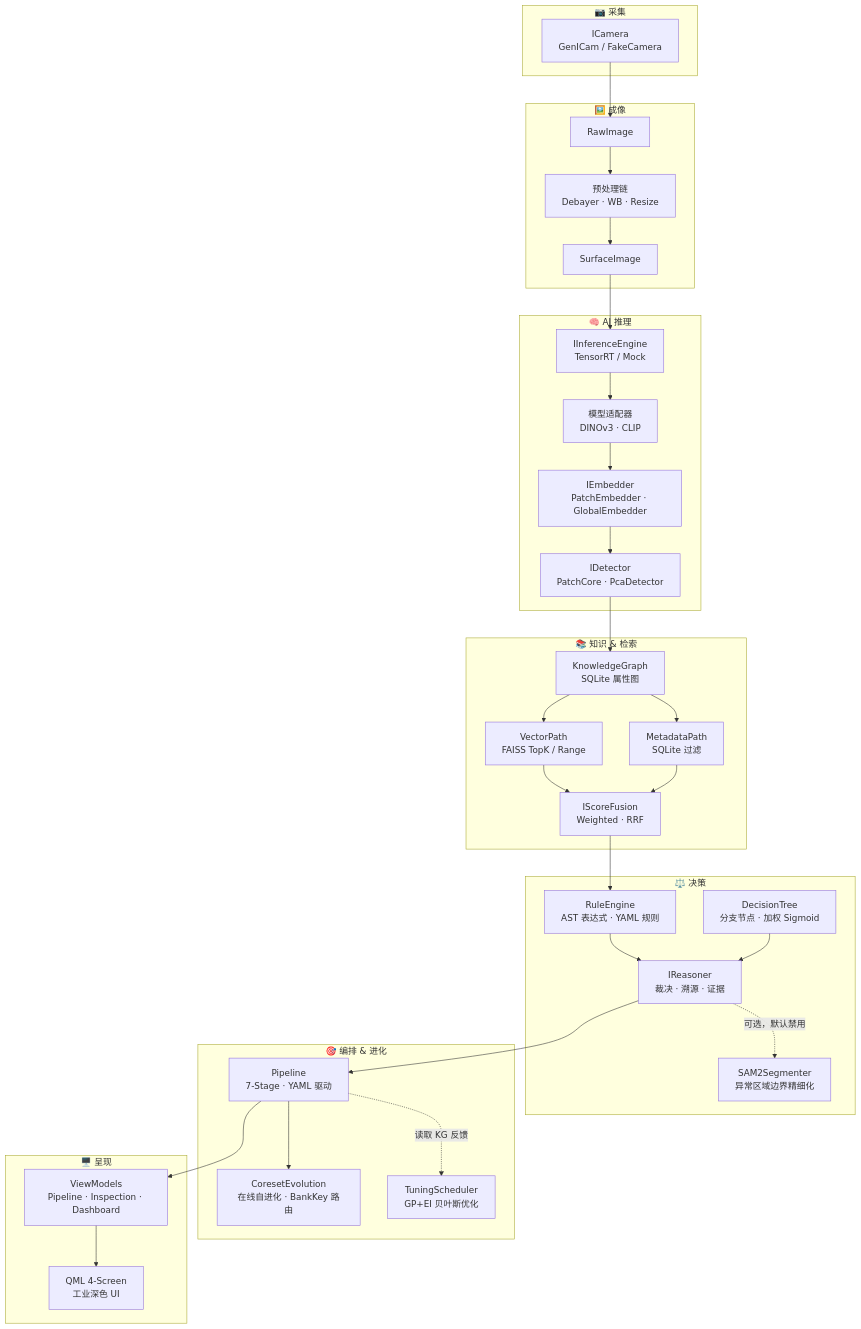
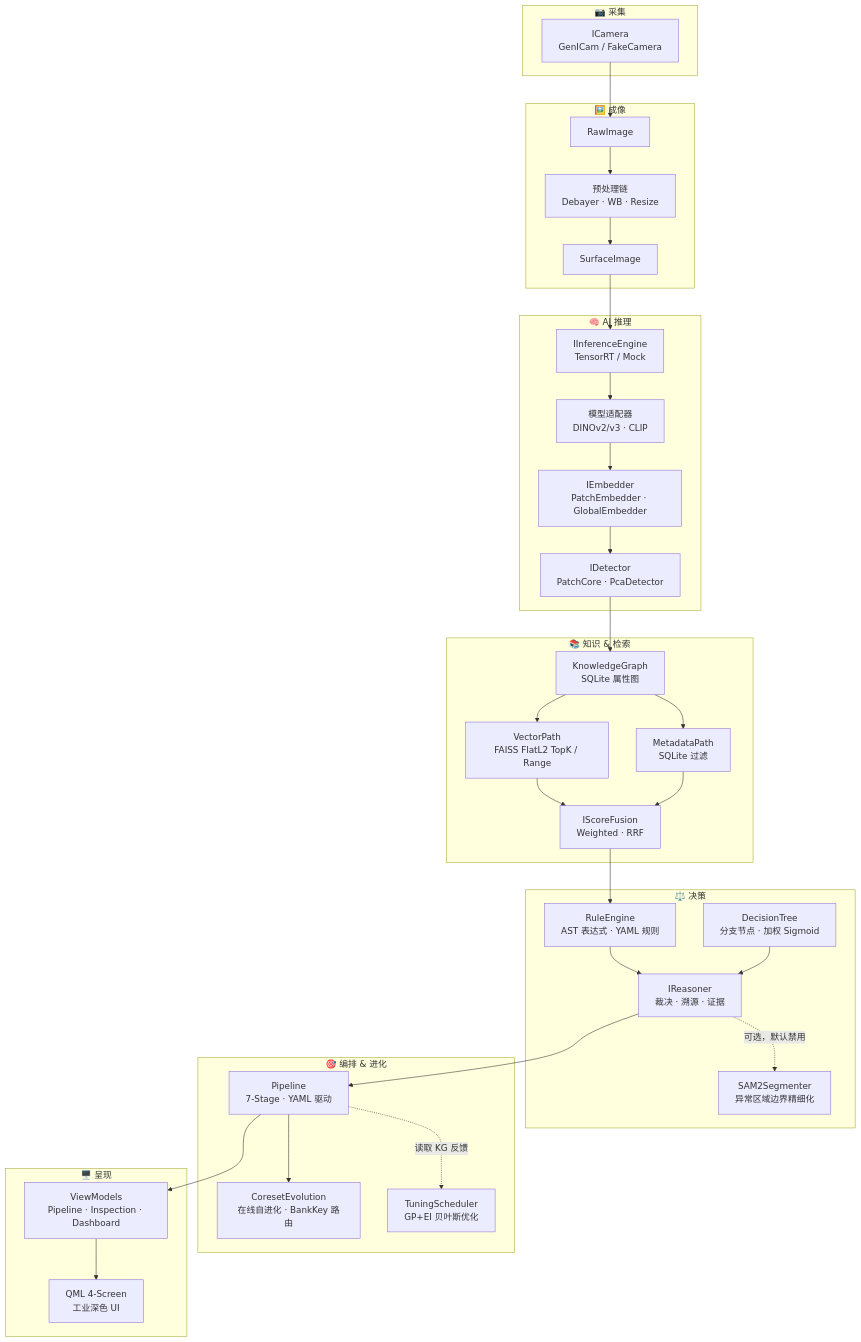
One commit to celien99/surface-ai changed the diagram in README.md. Above: the diagram before and after it, drawn with Mermaid. The commit also changed other lines of this file, not shown here.

````diff
--- a/README.md
+++ b/README.md
@@ -25,58 +26,58 @@
 ```mermaid
 graph TB
     subgraph L1["📷 采集"]
         Camera["ICamera<br/>GenICam / FakeCamera"]
     end
 
     subgraph L2["🖼️ 成像"]
         Raw["RawImage"] --> Pipe["预处理链<br/>Debayer · WB · Resize"]
         Pipe --> Surf["SurfaceImage"]
     end
 
     subgraph L3["🧠 AI 推理"]
         Engine["IInferenceEngine<br/>TensorRT / Mock"]
-        Adapt["模型适配器<br/>DINOv3 · CLIP"]
+        Adapt["模型适配器<br/>DINOv2/v3 · CLIP"]
         Emb["IEmbedder<br/>PatchEmbedder · GlobalEmbedder"]
         Det["IDetector<br/>PatchCore · PcaDetector"]
         Engine --> Adapt --> Emb --> Det
     end
 
     subgraph L4["📚 知识 & 检索"]
         KG["KnowledgeGraph<br/>SQLite 属性图"]
-        VP["VectorPath<br/>FAISS TopK / Range"]
+        VP["VectorPath<br/>FAISS FlatL2 TopK / Range"]
         MP["MetadataPath<br/>SQLite 过滤"]
         Fusion["IScoreFusion<br/>Weighted · RRF"]
         KG --> VP & MP --> Fusion
     end
 
     subgraph L5["⚖️ 决策"]
         Rule["RuleEngine<br/>AST 表达式 · YAML 规则"]
         Tree["DecisionTree<br/>分支节点 · 加权 Sigmoid"]
         Reason["IReasoner<br/>裁决 · 溯源 · 证据"]
         SAM2["SAM2Segmenter<br/>异常区域边界精细化"]
         Rule --> Reason
         Tree --> Reason
         Reason -.->|可选，默认禁用| SAM2
     end
 
     subgraph L6["🎯 编排 & 进化"]
         PL["Pipeline<br/>7-Stage · YAML 驱动"]
         Evo["CoresetEvolution<br/>在线自进化 · BankKey 路由"]
         Tune["TuningScheduler<br/>GP+EI 贝叶斯优化"]
         PL --> Evo
         PL -.->|读取 KG 反馈| Tune
     end
 
     subgraph L7["🖥️ 呈现"]
         VM["ViewModels<br/>Pipeline · Inspection · Dashboard"]
         UI["QML 4-Screen<br/>工业深色 UI"]
         VM --> UI
     end
 
     Camera --> Raw
     Surf --> Engine
     Det --> KG
     Fusion --> Rule
     Reason --> PL
     PL --> VM
 ```
````
